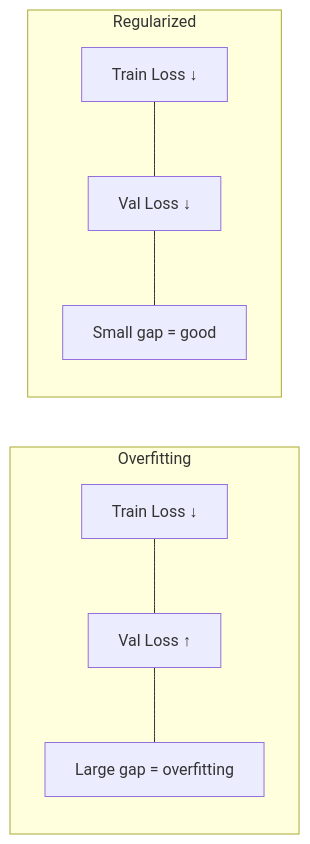
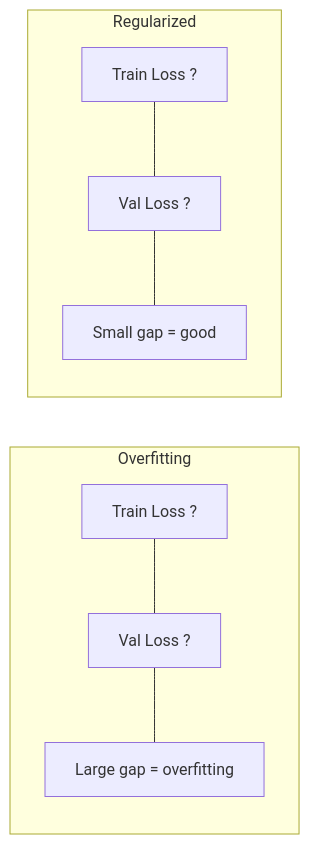
The sixth of 10 diagrams in docs/courses/machine-learning/07-neural-networks.md (Raushan666java/ai-engineering-journey), drawn with Mermaid before and after one commit. The commit also changed other lines of this file and 790 other files, not shown here.

Commit message:
Sync all course diagram renders and content updates

````diff
--- a/docs/courses/machine-learning/07-neural-networks.md
+++ b/docs/courses/machine-learning/07-neural-networks.md
@@ -696,11 +696,11 @@
 ```mermaid
 graph LR
     subgraph Overfitting
-        OTL["Train Loss ↓"] --- OVG["Val Loss ↑"]
+        OTL["Train Loss ?"] --- OVG["Val Loss ?"]
         OVG --- OGAP["Large gap = overfitting"]
     end
     subgraph Regularized
-        RTL["Train Loss ↓"] --- RVL["Val Loss ↓"]
+        RTL["Train Loss ?"] --- RVL["Val Loss ?"]
         RVL --- RGAP["Small gap = good"]
     end
 ```
````
